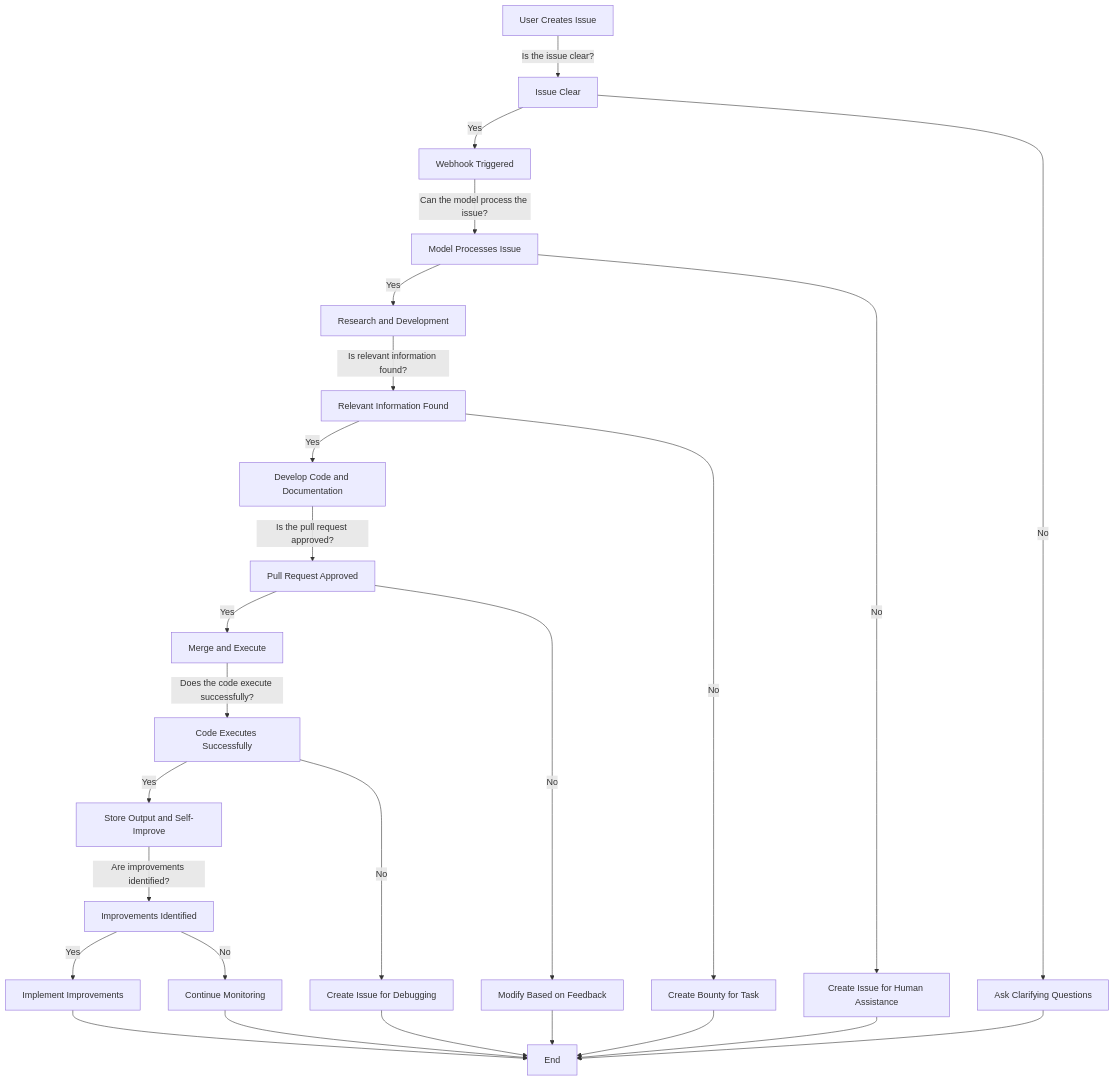
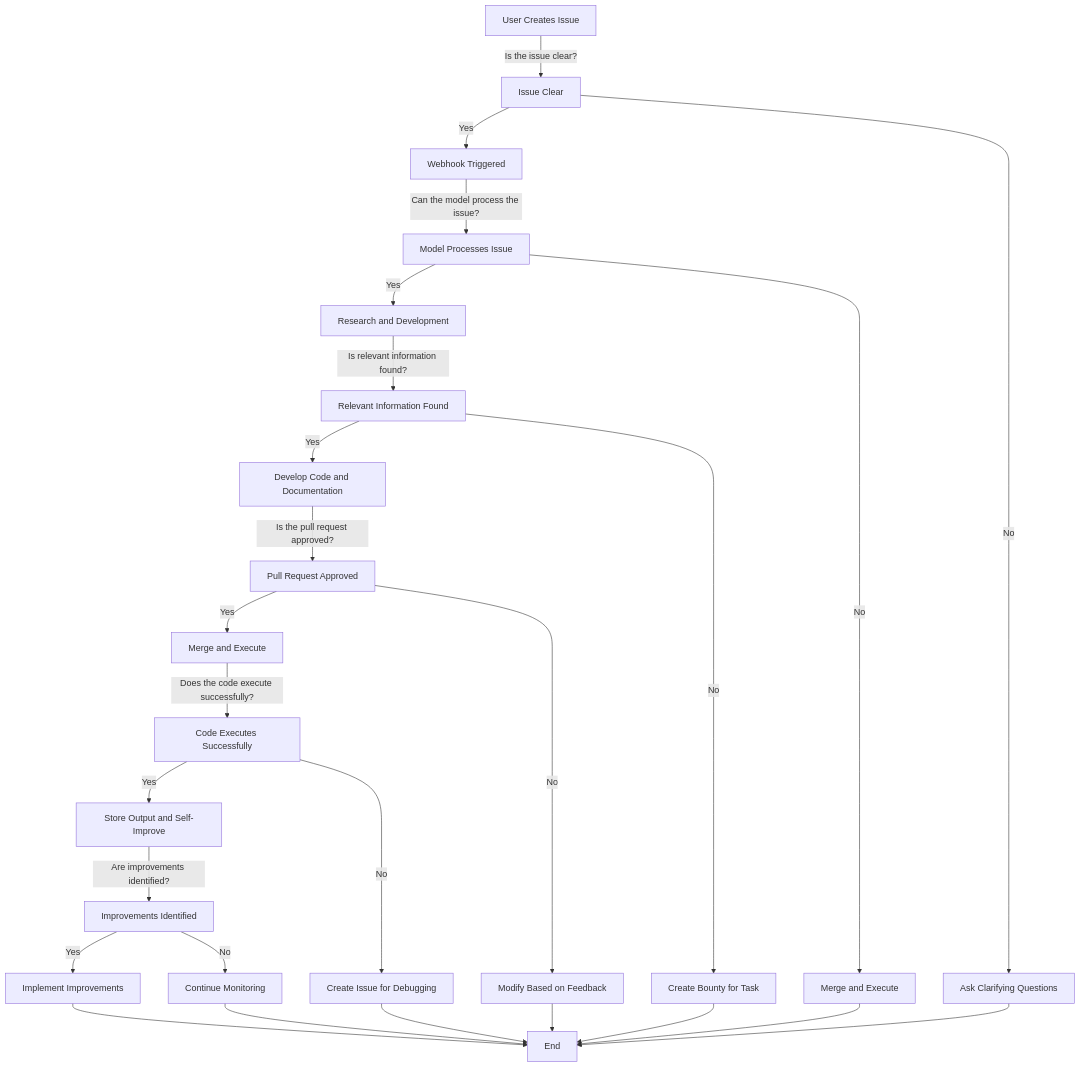
One commit to mikepsinn/positron changed the diagram in docs/self-improvement.md. Above: the diagram before and after it, drawn with Mermaid. The commit also changed other lines of this file, not shown here.

````diff
--- a/docs/self-improvement.md
+++ b/docs/self-improvement.md
@@ -53,29 +53,29 @@
 ```mermaid
 graph TD
     A[User Creates Issue] -->|Is the issue clear?| B[Issue Clear]
     B -->|Yes| C[Webhook Triggered]
     B -->|No| D[Ask Clarifying Questions]
     C -->|Can the model process the issue?| E[Model Processes Issue]
     E -->|Yes| F[Research and Development]
-    E -->|No| G[Create Issue for Human Assistance]
+    E -->|No| G[Merge and Execute]
     F -->|Is relevant information found?| H[Relevant Information Found]
     H -->|Yes| I[Develop Code and Documentation]
     H -->|No| J[Create Bounty for Task]
     I -->|Is the pull request approved?| K[Pull Request Approved]
     K -->|Yes| L[Merge and Execute]
     K -->|No| M[Modify Based on Feedback]
     L -->|Does the code execute successfully?| N[Code Executes Successfully]
     N -->|Yes| O[Store Output and Self-Improve]
     N -->|No| P[Create Issue for Debugging]
     O -->|Are improvements identified?| Q[Improvements Identified]
     Q -->|Yes| R[Implement Improvements]
     Q -->|No| S[Continue Monitoring]
     R --> T[End]
     S --> T
     P --> T
     M --> T
     J --> T
     G --> T
     D --> T
 
 ```
````
